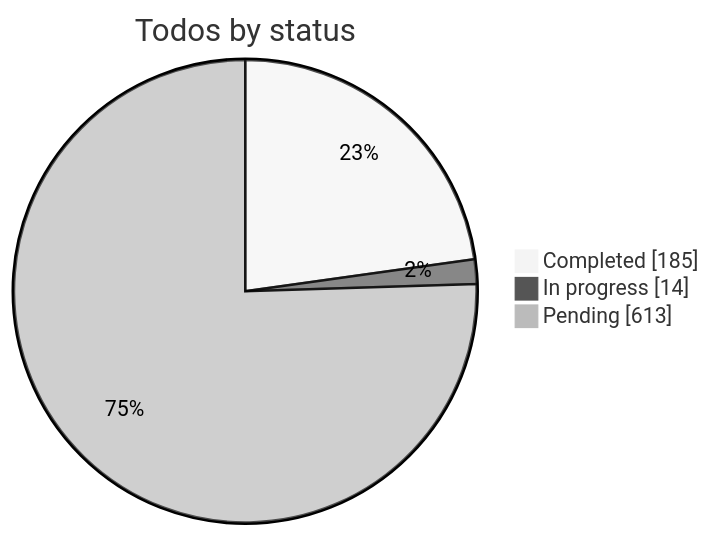
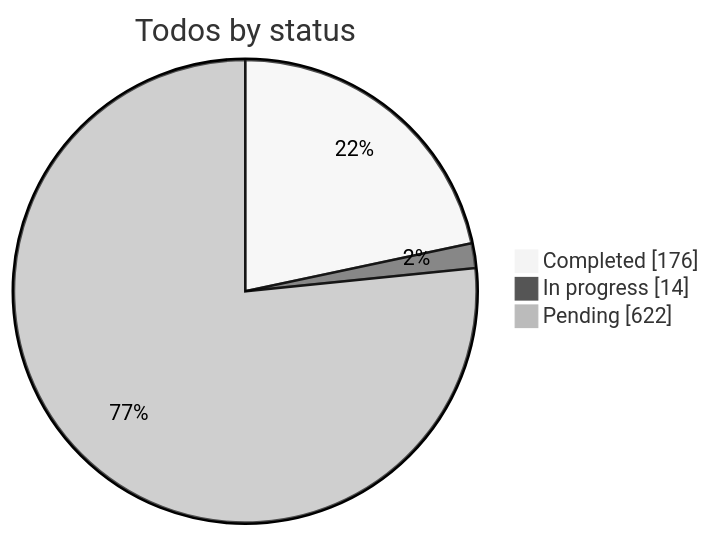
One commit to KantaPaul/next-cms changed the first of 6 diagrams in .cursor/plans/combined_cms_refs_f96163bc.plan.md. Above: the diagram before and after it, drawn with Mermaid (neutral theme). The commit also changed other lines of this file and 1 other file, not shown here.

First line of the commit message:
docs(plan): revert B12/R806 to pending — marked completed with no code

````diff
--- a/.cursor/plans/combined_cms_refs_f96163bc.plan.md
+++ b/.cursor/plans/combined_cms_refs_f96163bc.plan.md
@@ -2463,6 +2463,6 @@
 ```mermaid
 pie showData title Todos by status
-  "Completed" : 185
+  "Completed" : 176
   "In progress" : 14
-  "Pending" : 613
+  "Pending" : 622
 ```
````
